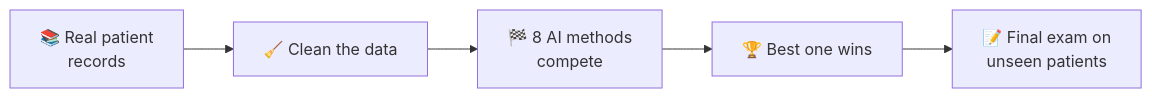
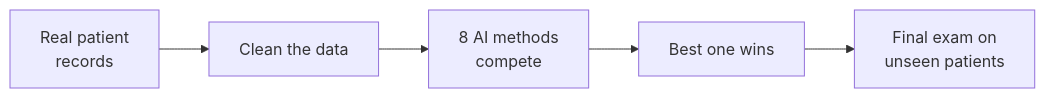
Before and after one commit to samrat10000/proj-HealthLens-AI: the diagram in README.md, drawn with Mermaid. The commit also changed other lines of this file and 17 other files, not shown here.

````diff
--- a/README.md
+++ b/README.md
@@ -298,7 +402,7 @@
 ```mermaid
 flowchart LR
-    A["📚 Real patient<br/>records"] --> B["🧹 Clean the data"]
-    B --> C["🏁 8 AI methods<br/>compete"]
-    C --> D["🏆 Best one wins"]
-    D --> E["📝 Final exam on<br/>unseen patients"]
+    A["Real patient<br/>records"] --> B["Clean the data"]
+    B --> C["8 AI methods<br/>compete"]
+    C --> D["Best one wins"]
+    D --> E["Final exam on<br/>unseen patients"]
 ```
````
